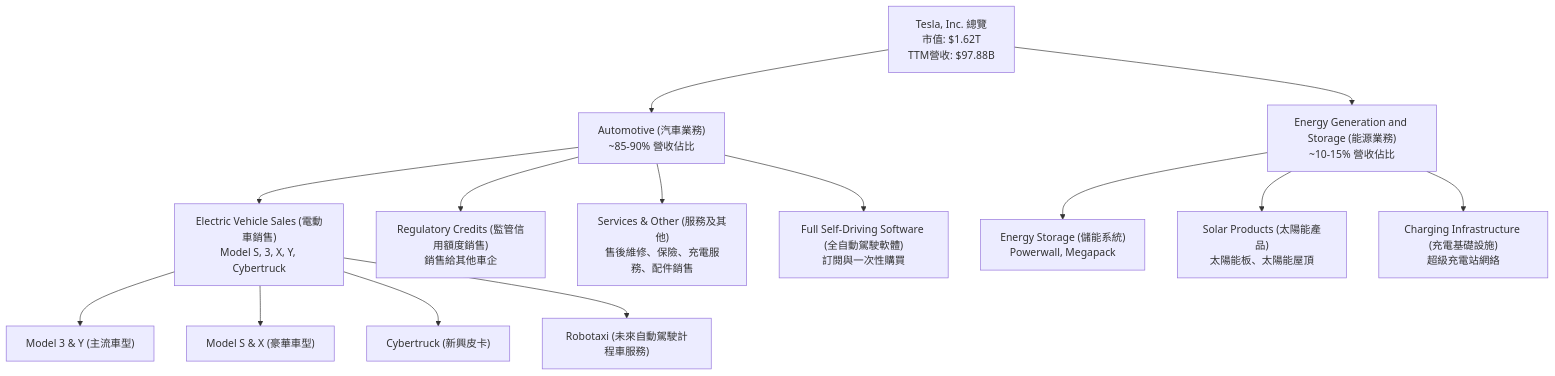
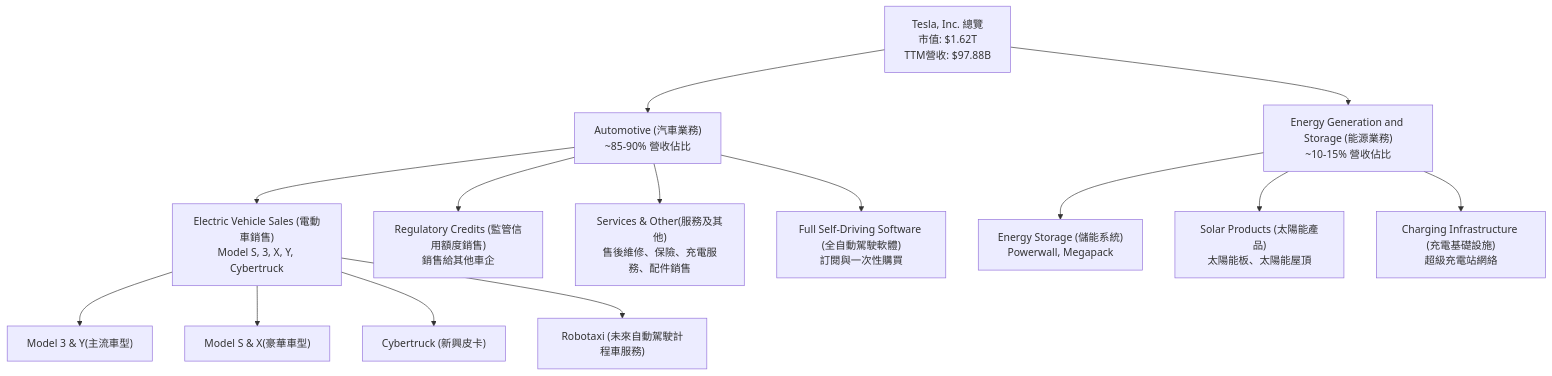
The second of 4 diagrams in ai_gen_report/stock/tsla/fundamental_analysis_2026-05-26_gemini.md (yennanliu/finance_data), drawn with Mermaid before and after one commit. The commit also changed 2258 other files, not shown here.

First line of the commit message:
chore: backfill Mermaid syntax repair across existing reports

````diff
--- a/ai_gen_report/stock/tsla/fundamental_analysis_2026-05-26_gemini.md
+++ b/ai_gen_report/stock/tsla/fundamental_analysis_2026-05-26_gemini.md
@@ -134,21 +134,21 @@
 ```mermaid
 graph TD
     TSLA_OVERVIEW["Tesla, Inc. 總覽<br/>市值: $1.62T<br/>TTM營收: $97.88B"]
 
     TSLA_OVERVIEW --> AUTOMOTIVE["Automotive (汽車業務)<br/>~85-90% 營收佔比"]
     TSLA_OVERVIEW --> ENERGY["Energy Generation and Storage (能源業務)<br/>~10-15% 營收佔比"]
 
     AUTOMOTIVE --> EV_SALES["Electric Vehicle Sales (電動車銷售)<br/>Model S, 3, X, Y, Cybertruck"]
     AUTOMOTIVE --> REG_CREDITS["Regulatory Credits (監管信用額度銷售)<br/>銷售給其他車企"]
-    AUTOMOTIVE --> SERVICES["Services & Other (服務及其他)<br/>售後維修、保險、充電服務、配件銷售"]
+    AUTOMOTIVE --> SERVICES["Services & Other(服務及其他)<br/>售後維修、保險、充電服務、配件銷售"]
     AUTOMOTIVE --> FSD_SOFTWARE["Full Self-Driving Software (全自動駕駛軟體)<br/>訂閱與一次性購買"]
 
     ENERGY --> STORAGE["Energy Storage (儲能系統)<br/>Powerwall, Megapack"]
     ENERGY --> SOLAR["Solar Products (太陽能產品)<br/>太陽能板、太陽能屋頂"]
     ENERGY --> INFRASTRUCTURE["Charging Infrastructure (充電基礎設施)<br/>超級充電站網絡"]
 
-    EV_SALES --> MODEL3Y["Model 3 & Y (主流車型)"]
-    EV_SALES --> MODELSX["Model S & X (豪華車型)"]
+    EV_SALES --> MODEL3Y["Model 3 & Y(主流車型)"]
+    EV_SALES --> MODELSX["Model S & X(豪華車型)"]
     EV_SALES --> CYBERTRUCK["Cybertruck (新興皮卡)"]
     EV_SALES --> ROBOTAXI["Robotaxi (未來自動駕駛計程車服務)"]
 ```
````
